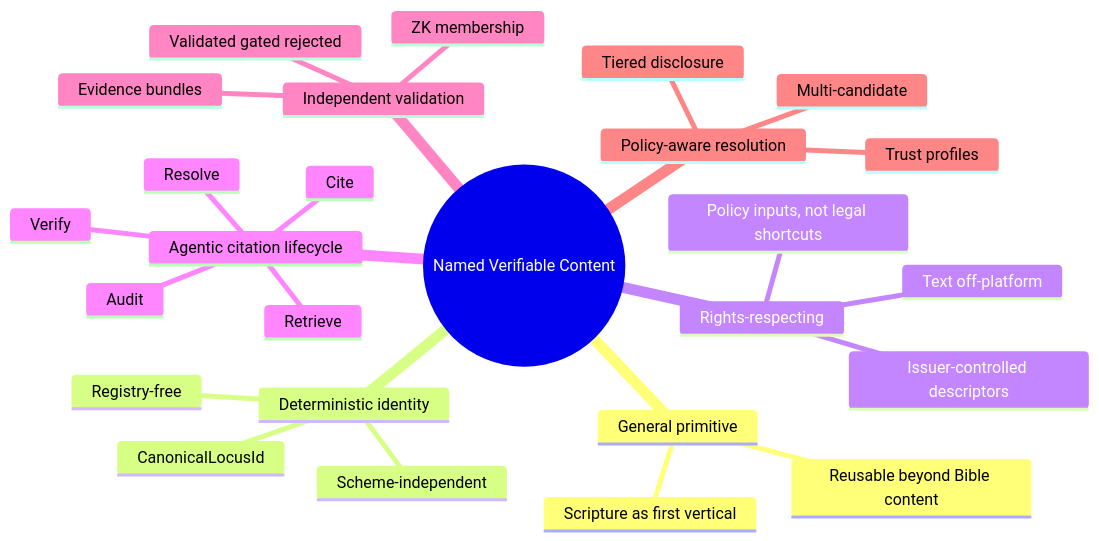
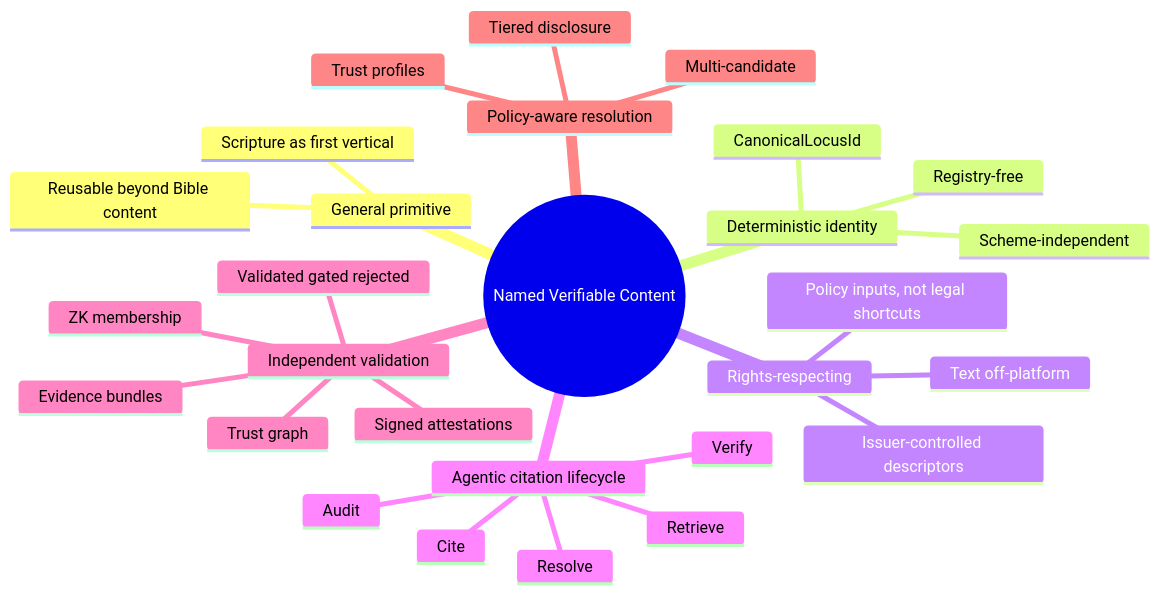
Before and after one commit to rpedersen3/verifiable-content-demo: the second of 3 diagrams in documents/branding-approach.md, drawn with Mermaid. The commit also changed other lines of this file and 13 other files, not shown here.

````diff
--- a/documents/branding-approach.md
+++ b/documents/branding-approach.md
@@ -104,29 +106,31 @@
 ```mermaid
 mindmap
   root((Named Verifiable Content))
     General primitive
       Scripture as first vertical
       Reusable beyond Bible content
     Deterministic identity
       CanonicalLocusId
       Registry-free
       Scheme-independent
     Rights-respecting
       Text off-platform
       Issuer-controlled descriptors
       Policy inputs, not legal shortcuts
     Agentic citation lifecycle
       Resolve
       Verify
       Retrieve
       Cite
       Audit
     Independent validation
       Evidence bundles
       ZK membership
       Validated gated rejected
+      Signed attestations
+      Trust graph
     Policy-aware resolution
       Multi-candidate
       Trust profiles
       Tiered disclosure
 ```
````
